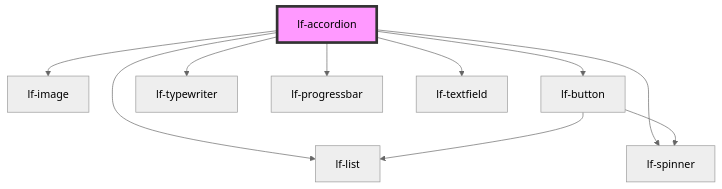
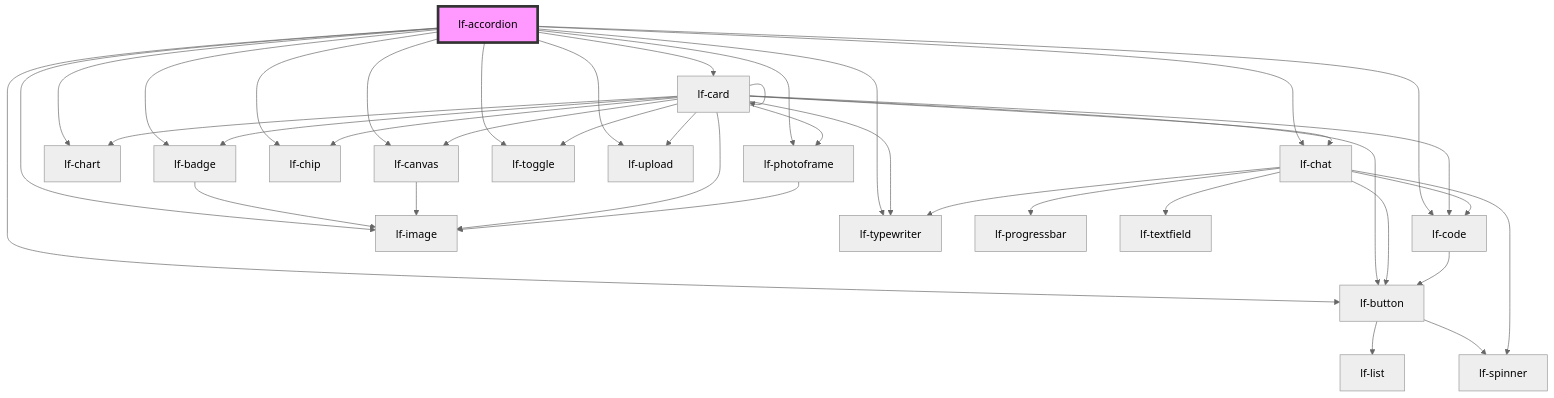
The diagram in packages/core/src/components/lf-accordion/readme.md (lucafoscili/lf-widgets), drawn with Mermaid (neutral theme) before and after one commit. The commit also changed other lines of this file and 68 other files, not shown here.

````diff
--- a/packages/core/src/components/lf-accordion/readme.md
+++ b/packages/core/src/components/lf-accordion/readme.md
@@ -146,13 +152,42 @@
 ```mermaid
 graph TD;
-  lf-accordion --> lf-list
-  lf-accordion --> lf-spinner
+  lf-accordion --> lf-badge
+  lf-accordion --> lf-button
+  lf-accordion --> lf-canvas
+  lf-accordion --> lf-card
+  lf-accordion --> lf-chart
+  lf-accordion --> lf-chat
+  lf-accordion --> lf-chip
+  lf-accordion --> lf-code
   lf-accordion --> lf-image
-  lf-accordion --> lf-button
+  lf-accordion --> lf-photoframe
+  lf-accordion --> lf-toggle
   lf-accordion --> lf-typewriter
-  lf-accordion --> lf-progressbar
-  lf-accordion --> lf-textfield
+  lf-accordion --> lf-upload
+  lf-badge --> lf-image
   lf-button --> lf-list
   lf-button --> lf-spinner
+  lf-canvas --> lf-image
+  lf-card --> lf-badge
+  lf-card --> lf-button
+  lf-card --> lf-canvas
+  lf-card --> lf-card
+  lf-card --> lf-chart
+  lf-card --> lf-chat
+  lf-card --> lf-chip
+  lf-card --> lf-code
+  lf-card --> lf-image
+  lf-card --> lf-photoframe
+  lf-card --> lf-toggle
+  lf-card --> lf-typewriter
+  lf-card --> lf-upload
+  lf-chat --> lf-spinner
+  lf-chat --> lf-code
+  lf-chat --> lf-button
+  lf-chat --> lf-typewriter
+  lf-chat --> lf-progressbar
+  lf-chat --> lf-textfield
+  lf-code --> lf-button
+  lf-photoframe --> lf-image
   style lf-accordion fill:#f9f,stroke:#333,stroke-width:4px
 ```
````
